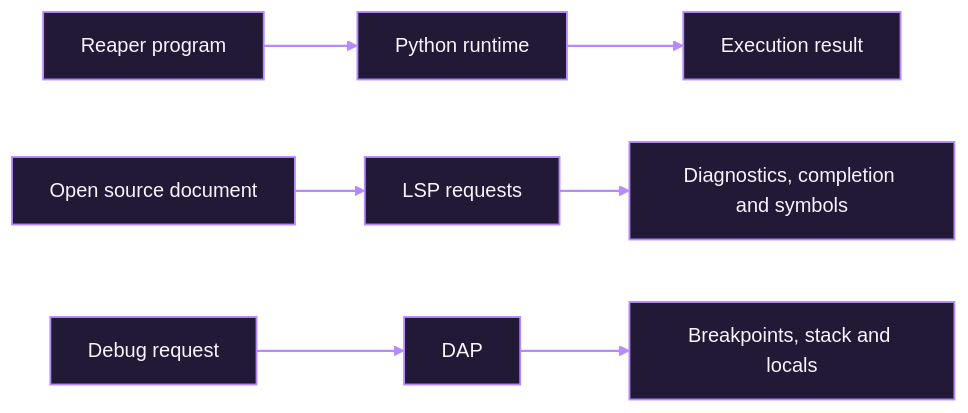
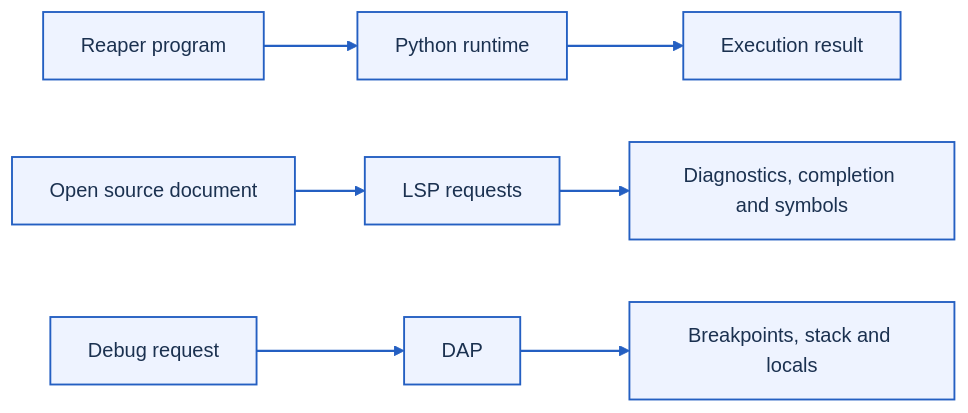
The second of 2 diagrams in README.md (Ivan-VHS/Reaper), drawn with Mermaid before and after one commit. The commit also changed other lines of this file, not shown here.

Commit message:
docs: match diagram colors to Reaper Studio UI

````diff
--- a/README.md
+++ b/README.md
@@ -42,12 +42,12 @@
 ```mermaid
 flowchart LR
     A[Reaper program] --> B[Python runtime]
     B --> C[Execution result]
     D[Open source document] --> E[LSP requests]
     E --> F[Diagnostics, completion and symbols]
     G[Debug request] --> H[DAP]
     H --> I[Breakpoints, stack and locals]
-  classDef readmeNode fill:#211936,stroke:#B58AFF,color:#F8F5FF,stroke-width:1.5px;
+  classDef readmeNode fill:#EEF3FF,stroke:#245FC2,color:#1B3150,stroke-width:1.5px;
   class A,B,C,D,E,F,G,H,I readmeNode;
-  linkStyle default stroke:#B58AFF,stroke-width:1.8px;
+  linkStyle default stroke:#245FC2,stroke-width:1.8px;
 ```
````
